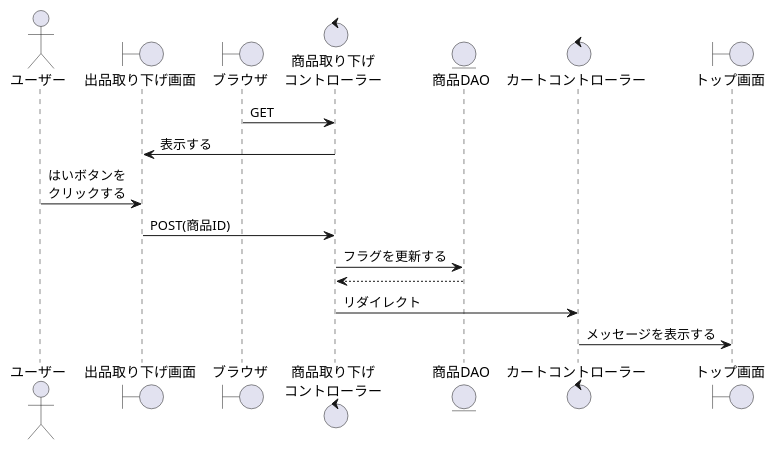
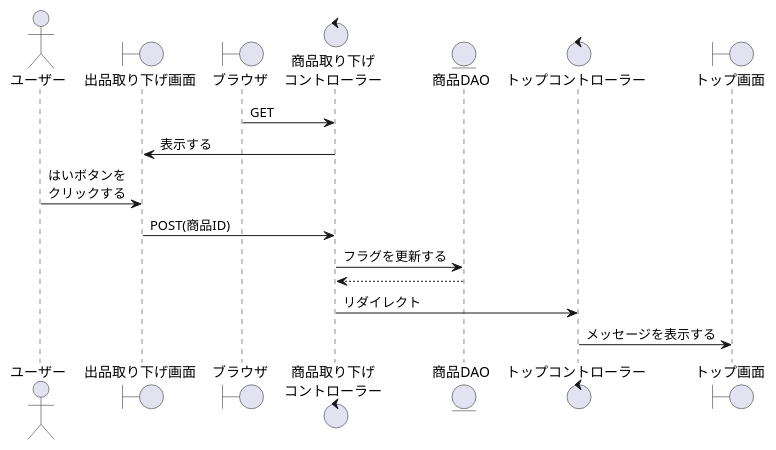
Before and after one commit to SK-B-S/PJ: the diagram in PJ_シーケンス/農家/出品取り下げ.wsd, drawn with PlantUML.

```diff
--- a/PJ_シーケンス/農家/出品取り下げ.wsd
+++ b/PJ_シーケンス/農家/出品取り下げ.wsd
@@ -1,22 +1,22 @@
 @startuml 出品を取り下げる
 
 actor    "ユーザー" as account
 boundary "出品取り下げ画面" as cart_screen
 boundary "ブラウザ" as brz
 control  "商品取り下げ\nコントローラー" as delete_c
 entity   "商品DAO" as cart_db
-control  "カートコントローラー" as cart_c
+control  "トップコントローラー" as cart_c
 boundary "トップ画面" as Top
 
 '--------------------------------------------------------------------------------------
 
 brz ->  delete_c : GET
 cart_screen <-  delete_c : 表示する
 account ->  cart_screen : はいボタンを\nクリックする
 cart_screen -> delete_c : POST(商品ID)
 delete_c -> cart_db : フラグを更新する
 delete_c <-- cart_db
 delete_c -> cart_c : リダイレクト
 Top <- cart_c : メッセージを表示する
 
 @enduml
```
